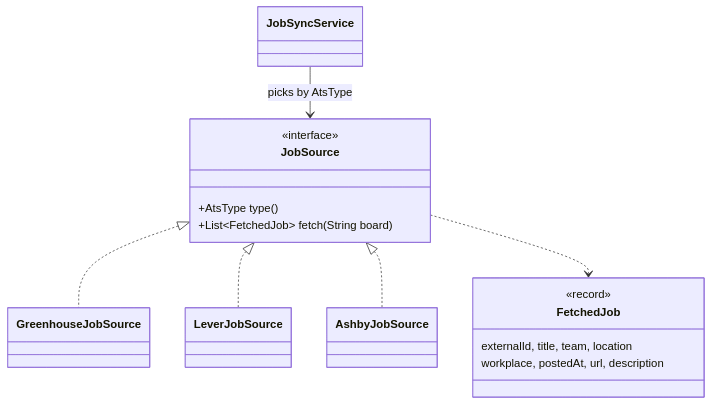
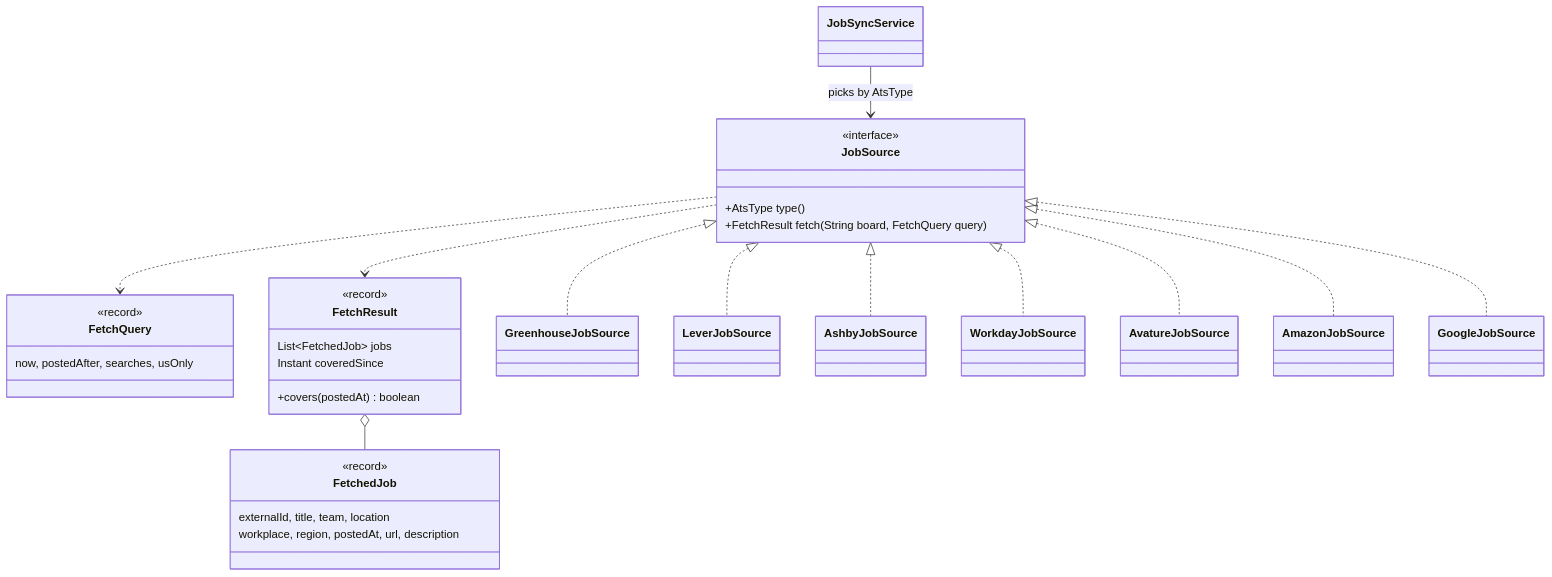
Before and after one commit to TechByChibuzo/job-search-assistant: the second of 5 diagrams in docs/architecture.md, drawn with Mermaid. The commit also changed other lines of this file and 7 other files, not shown here.

````diff
--- a/docs/architecture.md
+++ b/docs/architecture.md
@@ -89,18 +93,34 @@
 ```mermaid
 classDiagram
     class JobSource {
         <<interface>>
         +AtsType type()
-        +List~FetchedJob~ fetch(String board)
+        +FetchResult fetch(String board, FetchQuery query)
+    }
+    class FetchQuery {
+        <<record>>
+        now, postedAfter, searches, usOnly
+    }
+    class FetchResult {
+        <<record>>
+        List~FetchedJob~ jobs
+        Instant coveredSince
+        +covers(postedAt) boolean
     }
     class FetchedJob {
         <<record>>
         externalId, title, team, location
-        workplace, postedAt, url, description
+        workplace, region, postedAt, url, description
     }
     JobSource <|.. GreenhouseJobSource
     JobSource <|.. LeverJobSource
     JobSource <|.. AshbyJobSource
-    JobSource ..> FetchedJob
+    JobSource <|.. WorkdayJobSource
+    JobSource <|.. AvatureJobSource
+    JobSource <|.. AmazonJobSource
+    JobSource <|.. GoogleJobSource
+    JobSource ..> FetchQuery
+    JobSource ..> FetchResult
+    FetchResult o-- FetchedJob
     JobSyncService --> JobSource : picks by AtsType
 ```
````
